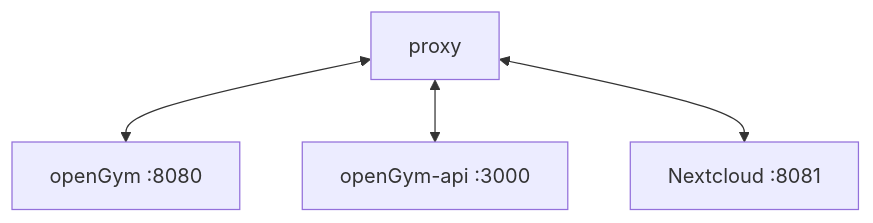
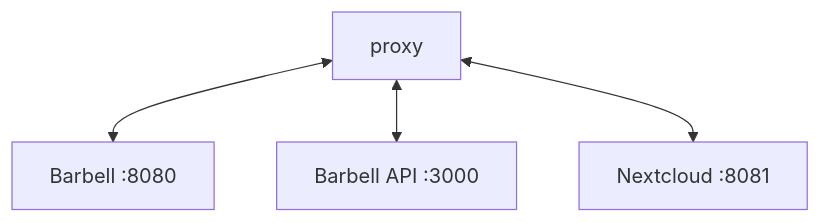
The second of 2 diagrams in docs/SELF_HOSTING_HTTPS.md (mohammedsunainali/barbell), drawn with Mermaid before and after one commit. The commit also changed other lines of this file and 25 other files, not shown here.

````diff
--- a/docs/SELF_HOSTING_HTTPS.md
+++ b/docs/SELF_HOSTING_HTTPS.md
@@ -62,7 +62,7 @@
 ```mermaid
 graph TD
     A[proxy]
-    A <-->B[openGym :8080]
-    A <-->C[openGym-api :3000]
+    A <-->B[Barbell :8080]
+    A <-->C[Barbell API :3000]
     A <-->D[Nextcloud :8081]
 ```
````
